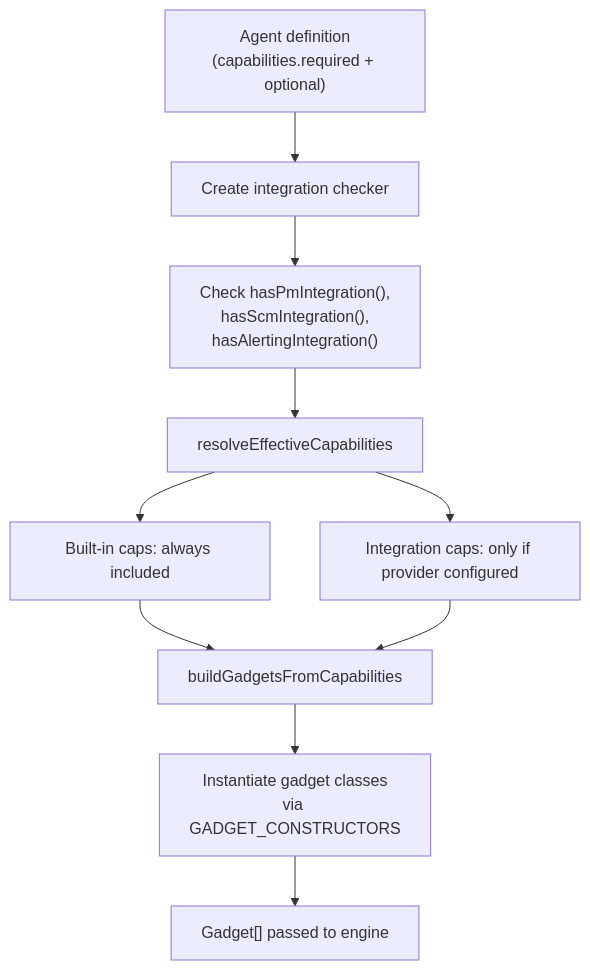
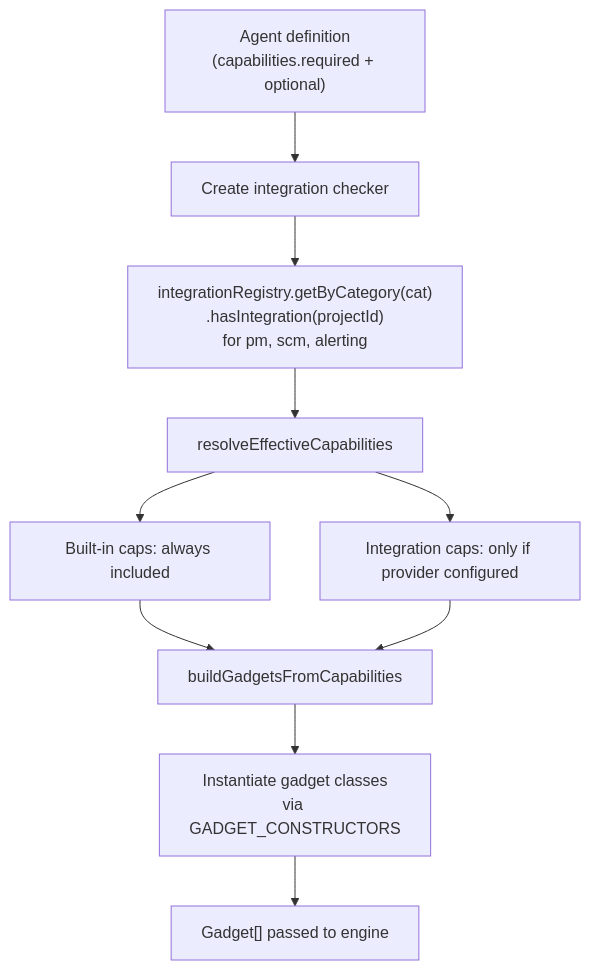
The diagram in docs/architecture/04-agent-system.md (mongrel-intelligence/cascade), drawn with Mermaid before and after one commit. The commit also changed 13 other files, not shown here.

Commit message:
refactor(integrations): migrate integration checker to registry, delete legacy functions

````diff
--- a/docs/architecture/04-agent-system.md
+++ b/docs/architecture/04-agent-system.md
@@ -162,12 +162,12 @@
 ```mermaid
 flowchart TD
     A["Agent definition<br/>(capabilities.required + optional)"] --> B[Create integration checker]
-    B --> C["Check hasPmIntegration(),<br/>hasScmIntegration(),<br/>hasAlertingIntegration()"]
+    B --> C["integrationRegistry.getByCategory(cat)<br/>.hasIntegration(projectId)<br/>for pm, scm, alerting"]
     C --> D[resolveEffectiveCapabilities]
     D --> E["Built-in caps: always included"]
     D --> F["Integration caps: only if provider configured"]
     E --> G[buildGadgetsFromCapabilities]
     F --> G
     G --> H["Instantiate gadget classes<br/>via GADGET_CONSTRUCTORS"]
     H --> I["Gadget[] passed to engine"]
 ```
````
